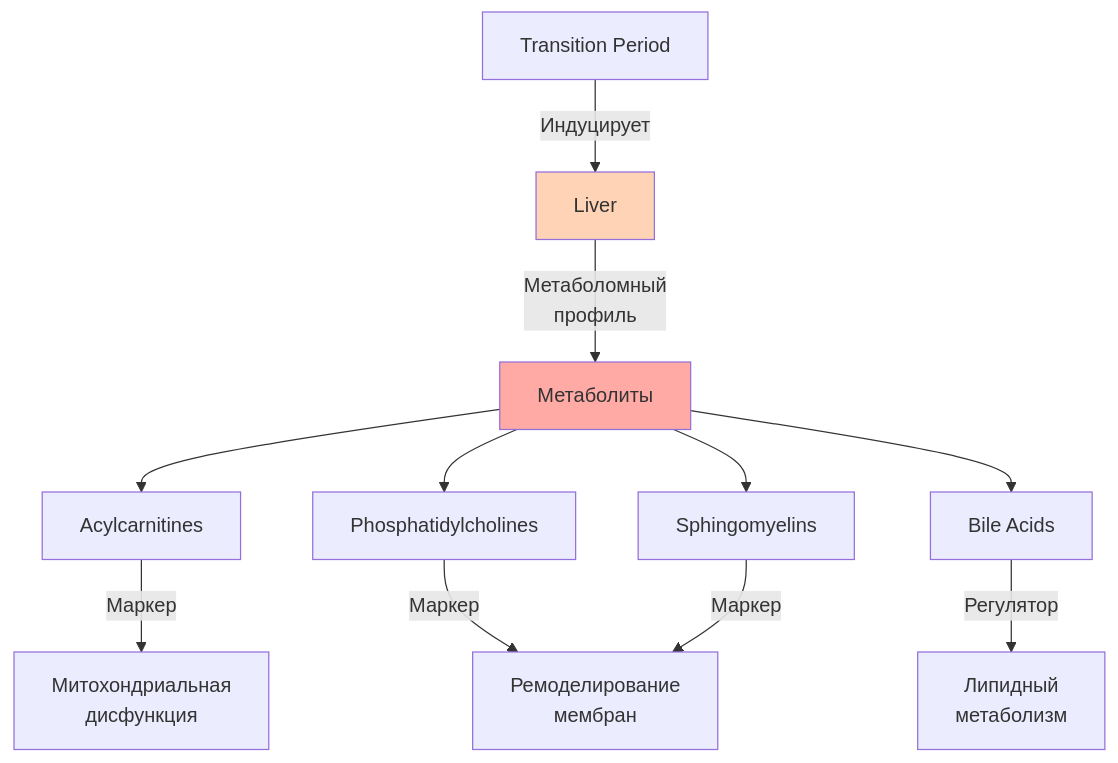
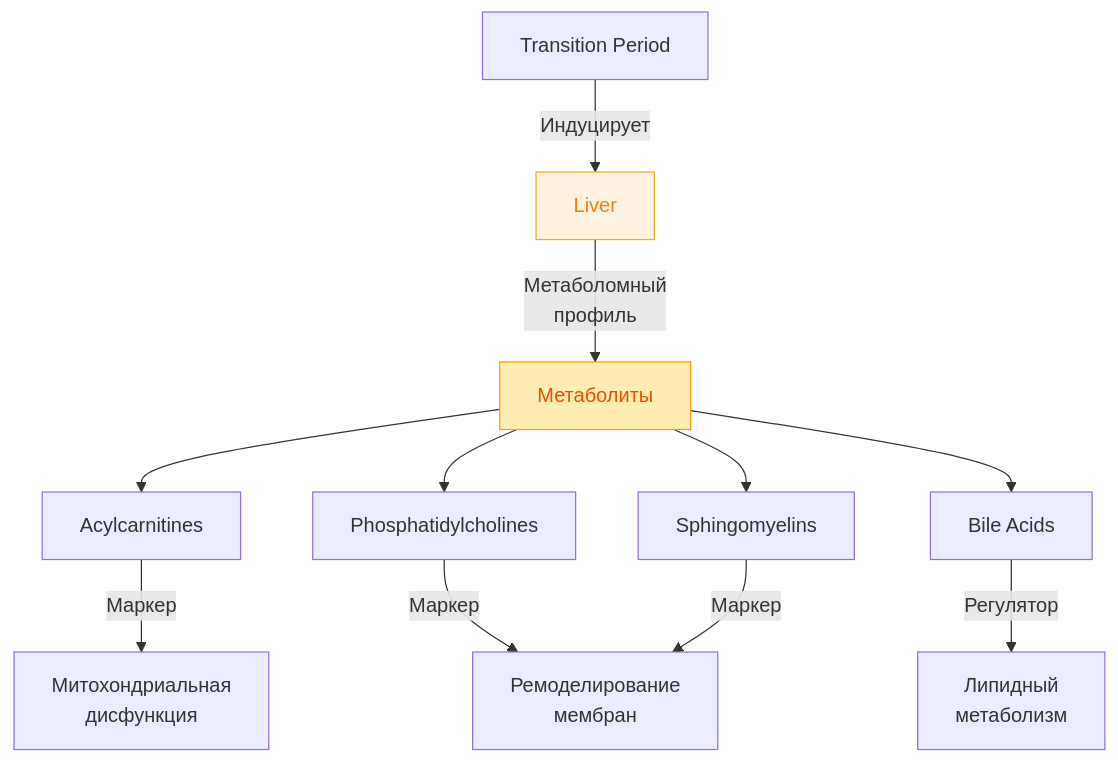
One commit to StanisSerg/PACK-cattle-science changed the fifth of 6 diagrams in pack/cattle-science/02-domain-entities/03-interpretations/02B10-entity-graph.md. Above: the diagram before and after it, drawn with Mermaid. The commit also changed other lines of this file and 1 other file, not shown here.

First line of the commit message:
WP-75: Update graph colors to lighter pastel palette

````diff
--- a/pack/cattle-science/02-domain-entities/03-interpretations/02B10-entity-graph.md
+++ b/pack/cattle-science/02-domain-entities/03-interpretations/02B10-entity-graph.md
@@ -144,19 +144,19 @@
 ```mermaid
 graph TB
     LIVER[Liver] -->|Метаболомный<br/>профиль| METAB[Метаболиты]
     
     METAB --> ACYL[Acylcarnitines]
     METAB --> PC[Phosphatidylcholines]
     METAB --> SM[Sphingomyelins]
     METAB --> BA[Bile Acids]
     
     ACYL -->|Маркер| MITO[Митохондриальная<br/>дисфункция]
     PC -->|Маркер| MEMB[Ремоделирование<br/>мембран]
     SM -->|Маркер| MEMB
     BA -->|Регулятор| LIPID[Липидный<br/>метаболизм]
     
     TRANS[Transition Period] -->|Индуцирует| LIVER
     
-    style LIVER fill:#ffd3b6
-    style METAB fill:#ffaaa5
+    style LIVER fill:#fff3e0,stroke:#f9a825,color:#f57f17
+    style METAB fill:#ffecb3,stroke:#ffa000,color:#e65100
 ```
````
